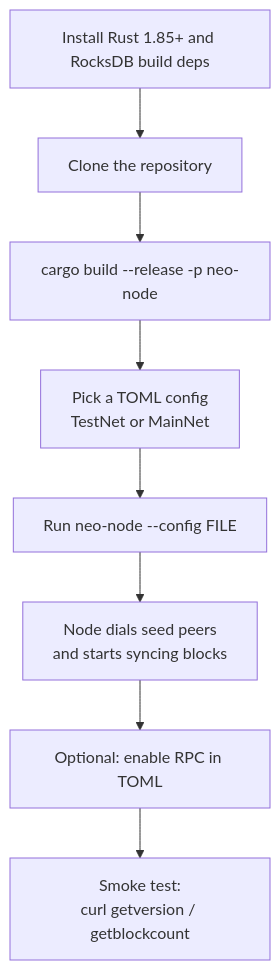
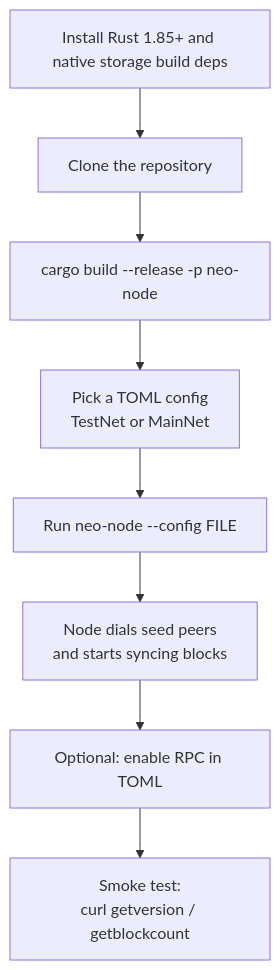
Before and after one commit to r3e-network/neo-rs: the diagram in docs/getting-started.md, drawn with Mermaid. The commit also changed other lines of this file and 50 other files, not shown here.

````diff
--- a/docs/getting-started.md
+++ b/docs/getting-started.md
@@ -15,10 +15,10 @@
 ```mermaid
 flowchart TD
-    A[Install Rust 1.85+ and RocksDB build deps] --> B[Clone the repository]
+    A[Install Rust 1.85+ and native storage build deps] --> B[Clone the repository]
     B --> C[cargo build --release -p neo-node]
     C --> D[Pick a TOML config<br/>TestNet or MainNet]
     D --> E[Run neo-node --config FILE]
     E --> F[Node dials seed peers<br/>and starts syncing blocks]
     F --> G[Optional: enable RPC in TOML]
     G --> H[Smoke test:<br/>curl getversion / getblockcount]
 ```
````
